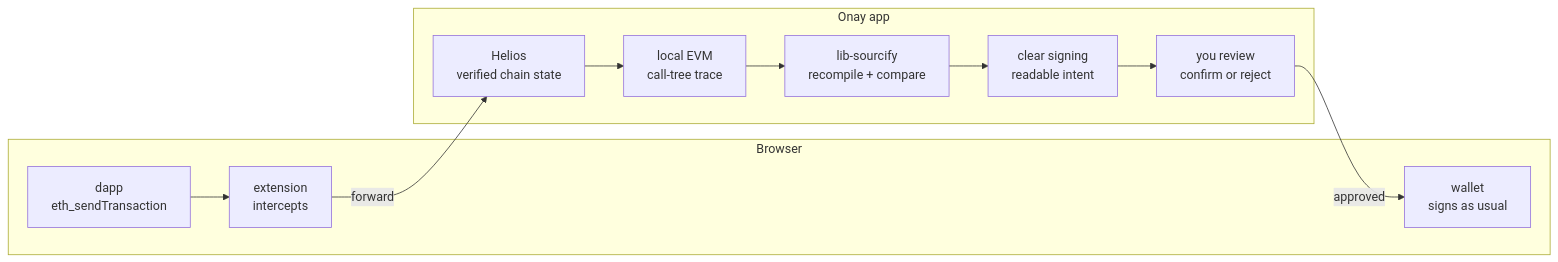
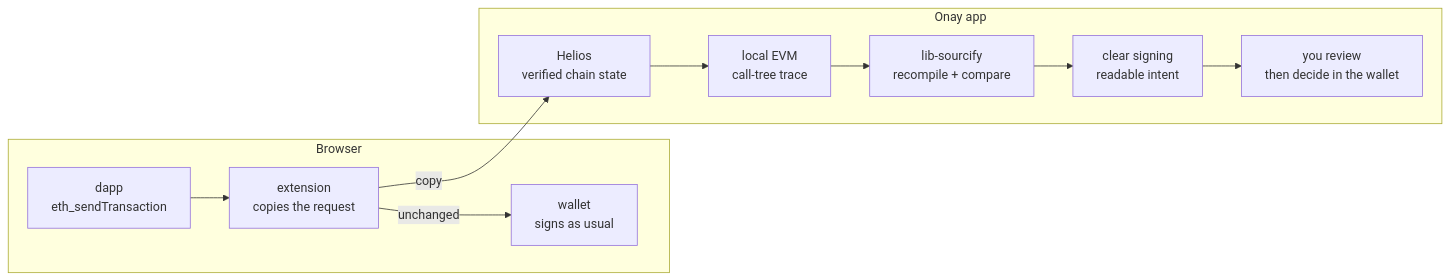
The diagram in PLAN.md (sourcifyeth/onay), drawn with Mermaid before and after one commit. The commit also changed other lines of this file and 31 other files, not shown here.

````diff
--- a/PLAN.md
+++ b/PLAN.md
@@ -25,19 +25,19 @@
 ```mermaid
 flowchart LR
   subgraph browser [Browser]
     dapp["dapp<br/>eth_sendTransaction"]
-    ext["extension<br/>intercepts"]
+    ext["extension<br/>copies the request"]
     wallet["wallet<br/>signs as usual"]
   end
   subgraph app [Onay app]
     helios["Helios<br/>verified chain state"]
     sim["local EVM<br/>call-tree trace"]
     sourcify["lib-sourcify<br/>recompile + compare"]
     cs["clear signing<br/>readable intent"]
-    review["you review<br/>confirm or reject"]
+    review["you review<br/>then decide in the wallet"]
   end
   dapp --> ext
-  ext -- forward --> helios
+  ext -- unchanged --> wallet
+  ext -- copy --> helios
   helios --> sim --> sourcify --> cs --> review
-  review -- approved --> wallet
 ```
````
